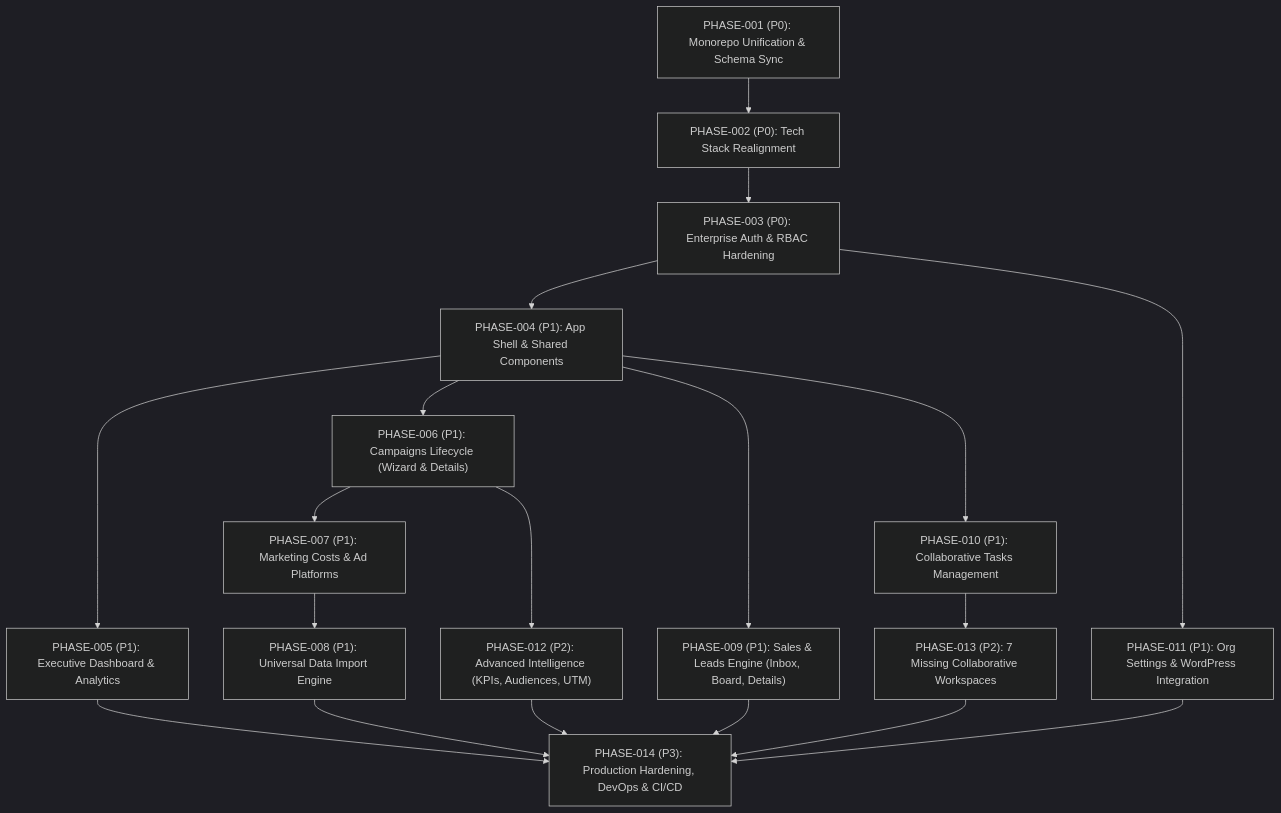
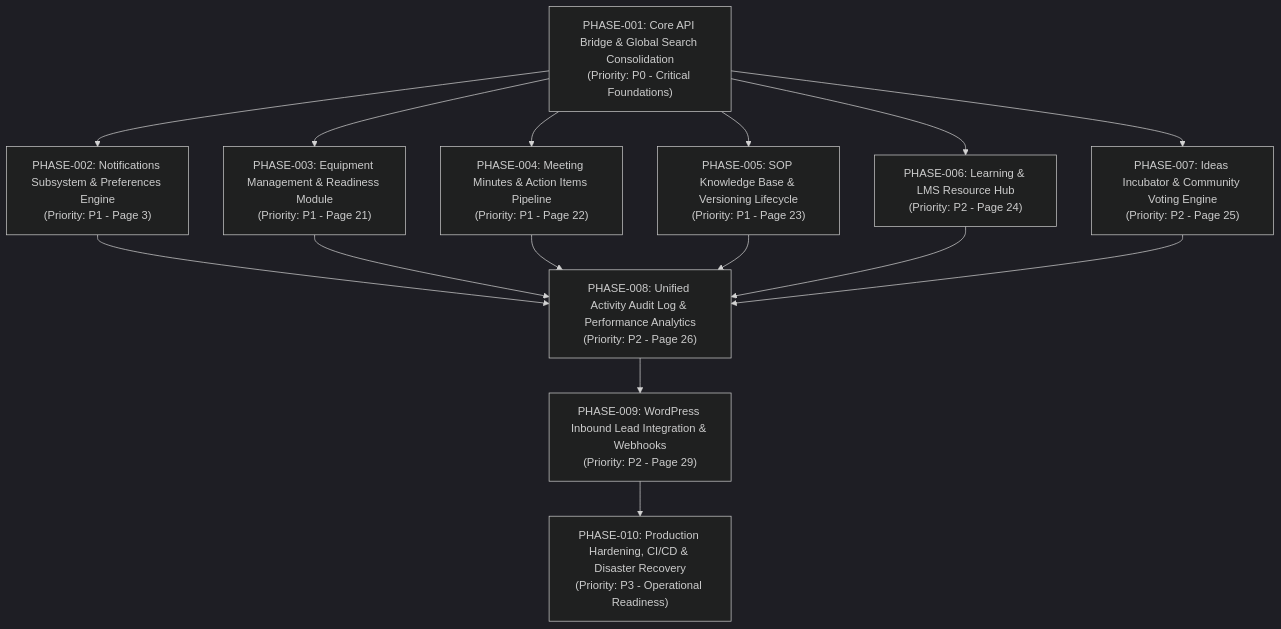
One commit to sajads4beri/gapji-digital-marketing-dashboard changed the diagram in docs/project-audit/en/10_MASTER_COMPLETION_ROADMAP.md. Above: the diagram before and after it, drawn with Mermaid (dark theme). The commit also changed other lines of this file and 221 other files, not shown here.

Commit message:
feat: complete sales funnel OKR, glassmorphism, rounded trapezoids, unified API proxy and production deployment configs

````diff
--- a/docs/project-audit/en/10_MASTER_COMPLETION_ROADMAP.md
+++ b/docs/project-audit/en/10_MASTER_COMPLETION_ROADMAP.md
@@ -10,21 +10,23 @@
 ```mermaid
 flowchart TD
-    P1["PHASE-001 (P0): Monorepo Unification & Schema Sync"] --> P2["PHASE-002 (P0): Tech Stack Realignment"]
-    P2 --> P3["PHASE-003 (P0): Enterprise Auth & RBAC Hardening"]
-    P3 --> P4["PHASE-004 (P1): App Shell & Shared Components"]
-    
-    P4 --> P5["PHASE-005 (P1): Executive Dashboard & Analytics"]
-    P4 --> P6["PHASE-006 (P1): Campaigns Lifecycle (Wizard & Details)"]
-    P4 --> P9["PHASE-009 (P1): Sales & Leads Engine (Inbox, Board, Details)"]
-    P4 --> P10["PHASE-010 (P1): Collaborative Tasks Management"]
-    
-    P6 --> P7["PHASE-007 (P1): Marketing Costs & Ad Platforms"]
-    P6 --> P12["PHASE-012 (P2): Advanced Intelligence (KPIs, Audiences, UTM)"]
-    
-    P7 --> P8["PHASE-008 (P1): Universal Data Import Engine"]
-    
-    P3 --> P11["PHASE-011 (P1): Org Settings & WordPress Integration"]
-    P10 --> P13["PHASE-013 (P2): 7 Missing Collaborative Workspaces"]
-    
-    P5 & P8 & P9 & P11 & P12 & P13 --> P14["PHASE-014 (P3): Production Hardening, DevOps & CI/CD"]
+    P1["PHASE-001: Core API Bridge & Global Search Consolidation<br/>(Priority: P0 - Critical Foundations)"]
+    P2["PHASE-002: Notifications Subsystem & Preferences Engine<br/>(Priority: P1 - Page 3)"]
+    P3["PHASE-003: Equipment Management & Readiness Module<br/>(Priority: P1 - Page 21)"]
+    P4["PHASE-004: Meeting Minutes & Action Items Pipeline<br/>(Priority: P1 - Page 22)"]
+    P5["PHASE-005: SOP Knowledge Base & Versioning Lifecycle<br/>(Priority: P1 - Page 23)"]
+    P6["PHASE-006: Learning & LMS Resource Hub<br/>(Priority: P2 - Page 24)"]
+    P7["PHASE-007: Ideas Incubator & Community Voting Engine<br/>(Priority: P2 - Page 25)"]
+    P8["PHASE-008: Unified Activity Audit Log & Performance Analytics<br/>(Priority: P2 - Page 26)"]
+    P9["PHASE-009: WordPress Inbound Lead Integration & Webhooks<br/>(Priority: P2 - Page 29)"]
+    P10["PHASE-010: Production Hardening, CI/CD & Disaster Recovery<br/>(Priority: P3 - Operational Readiness)"]
+
+    P1 --> P2
+    P1 --> P3
+    P1 --> P4
+    P1 --> P5
+    P1 --> P6
+    P1 --> P7
+    P2 & P3 & P4 & P5 & P6 & P7 --> P8
+    P8 --> P9
+    P9 --> P10
 ```
````
